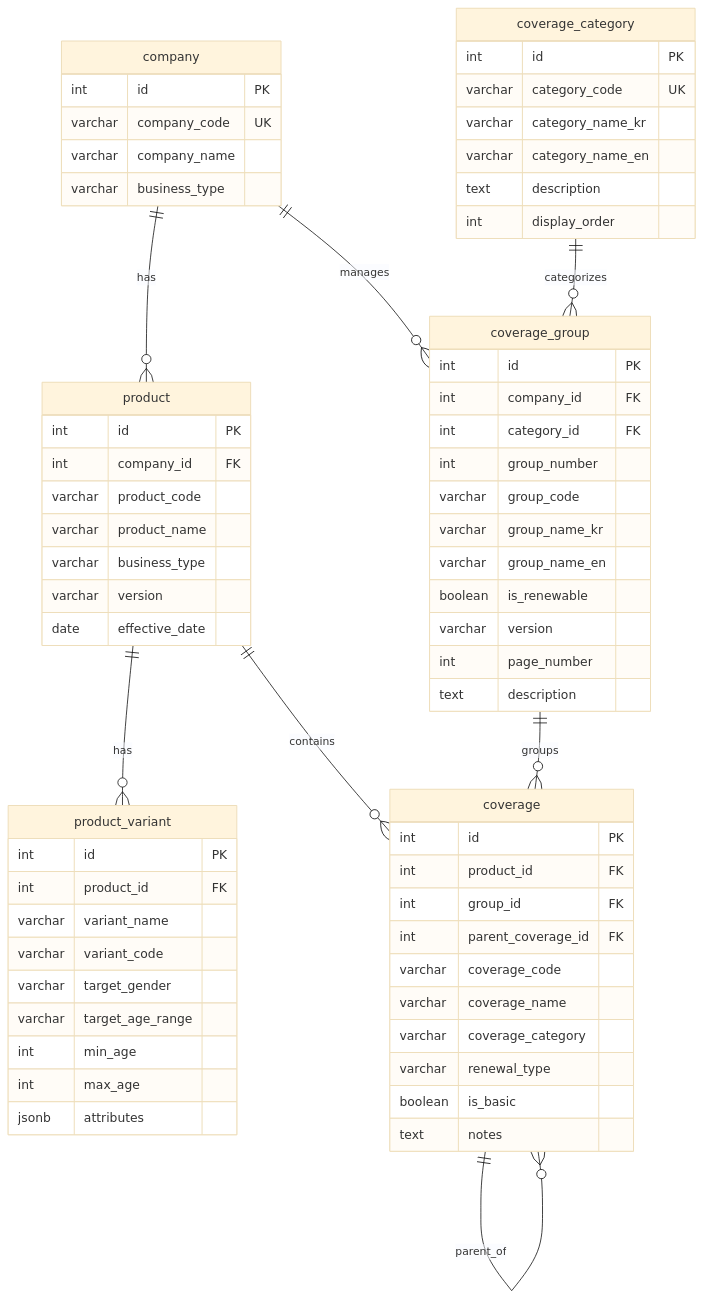
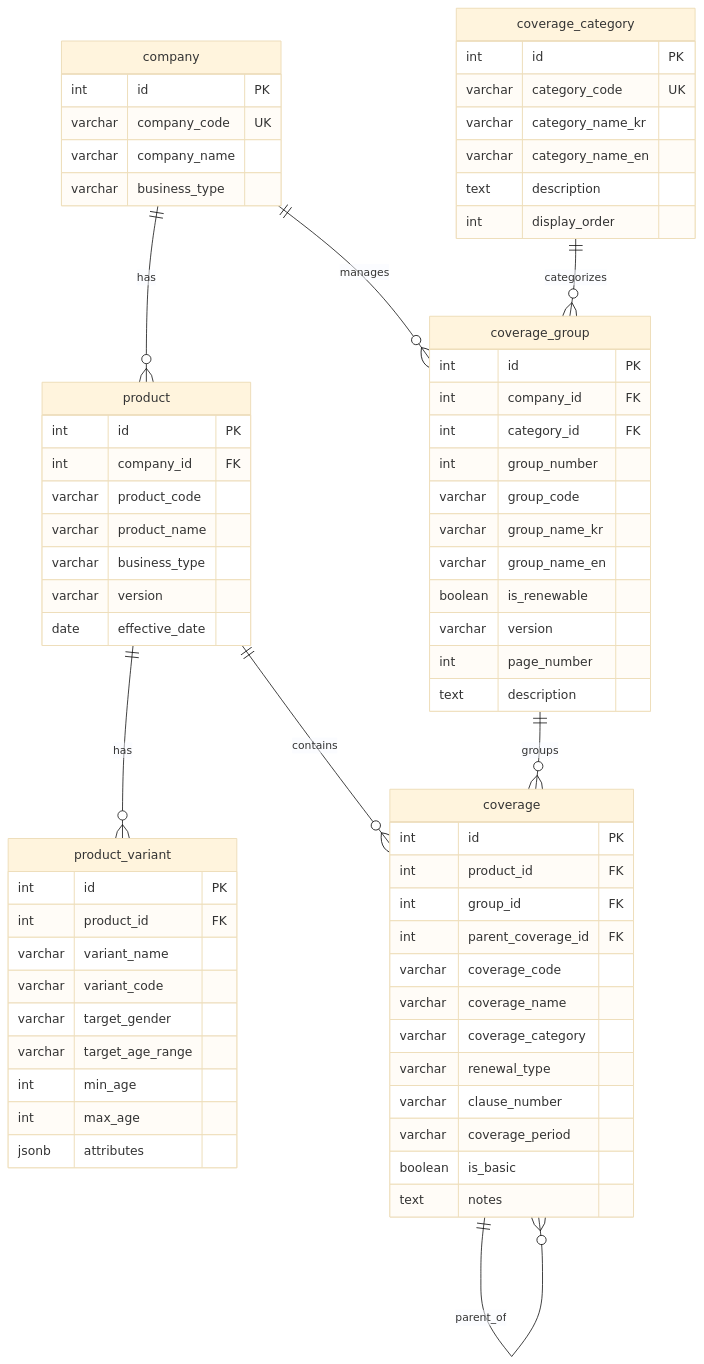
One commit to jason-dio-so/insurance-ontology-v3 changed the second of 5 diagrams in db_refactoring/docs/ER_DIAGRAM.md. Above: the diagram before and after it, drawn with Mermaid (base theme). The commit also changed 21 other files, not shown here.

First line of the commit message:
chore: Clean up unused scripts and add schema extension plan

````diff
--- a/db_refactoring/docs/ER_DIAGRAM.md
+++ b/db_refactoring/docs/ER_DIAGRAM.md
@@ -55,75 +55,77 @@
 ```mermaid
 erDiagram
     company {
         int id PK
         varchar company_code UK
         varchar company_name
         varchar business_type
     }
 
     product {
         int id PK
         int company_id FK
         varchar product_code
         varchar product_name
         varchar business_type
         varchar version
         date effective_date
     }
 
     product_variant {
         int id PK
         int product_id FK
         varchar variant_name
         varchar variant_code
         varchar target_gender
         varchar target_age_range
         int min_age
         int max_age
         jsonb attributes
     }
 
     coverage_category {
         int id PK
         varchar category_code UK
         varchar category_name_kr
         varchar category_name_en
         text description
         int display_order
     }
 
     coverage_group {
         int id PK
         int company_id FK
         int category_id FK
         int group_number
         varchar group_code
         varchar group_name_kr
         varchar group_name_en
         boolean is_renewable
         varchar version
         int page_number
         text description
     }
 
     coverage {
         int id PK
         int product_id FK
         int group_id FK
         int parent_coverage_id FK
         varchar coverage_code
         varchar coverage_name
         varchar coverage_category
         varchar renewal_type
+        varchar clause_number
+        varchar coverage_period
         boolean is_basic
         text notes
     }
 
     company ||--o{ product : "has"
     company ||--o{ coverage_group : "manages"
     product ||--o{ coverage : "contains"
     product ||--o{ product_variant : "has"
     coverage_category ||--o{ coverage_group : "categorizes"
     coverage_group ||--o{ coverage : "groups"
     coverage ||--o{ coverage : "parent_of"
 ```
````
